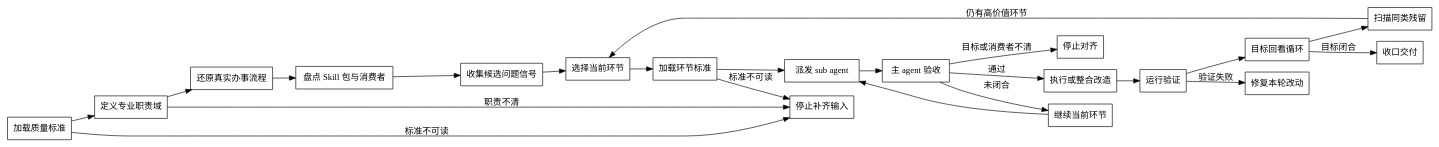
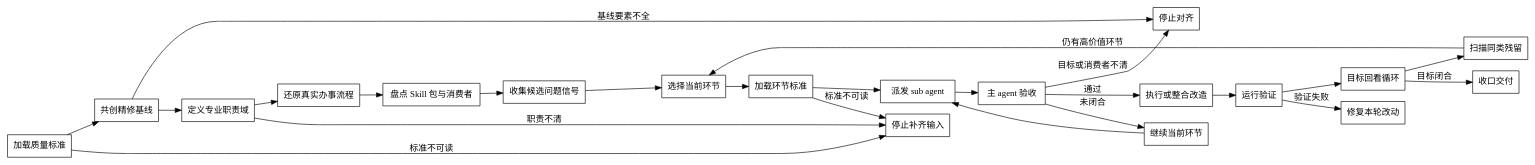
One commit to jieli-cqwl/org-claude-skills changed the diagram in shared/skills/skill-refiner/SKILL.md. Above: the diagram before and after it, drawn with Graphviz. The commit also changed other lines of this file and 15 other files, not shown here.

````diff
--- a/shared/skills/skill-refiner/SKILL.md
+++ b/shared/skills/skill-refiner/SKILL.md
@@ -67,27 +70,29 @@
 ```dot
 digraph skill_refiner_flow {
   rankdir=LR;
   node [shape=box];
-  "加载质量标准" -> "定义专业职责域";
+  "加载质量标准" -> "共创精修基线";
+  "共创精修基线" -> "定义专业职责域";
   "定义专业职责域" -> "还原真实办事流程";
   "还原真实办事流程" -> "盘点 Skill 包与消费者";
   "盘点 Skill 包与消费者" -> "收集候选问题信号";
   "收集候选问题信号" -> "选择当前环节";
   "选择当前环节" -> "加载环节标准";
   "加载环节标准" -> "派发 sub agent";
   "派发 sub agent" -> "主 agent 验收";
   "主 agent 验收" -> "执行或整合改造" [label="通过"];
   "主 agent 验收" -> "继续当前环节" [label="未闭合"];
   "继续当前环节" -> "派发 sub agent";
   "执行或整合改造" -> "运行验证";
   "运行验证" -> "目标回看循环";
   "目标回看循环" -> "扫描同类残留";
   "扫描同类残留" -> "选择当前环节" [label="仍有高价值环节"];
   "目标回看循环" -> "收口交付" [label="目标闭合"];
   "加载质量标准" -> "停止补齐输入" [label="标准不可读"];
+  "共创精修基线" -> "停止对齐" [label="基线要素不全"];
   "定义专业职责域" -> "停止补齐输入" [label="职责不清"];
   "加载环节标准" -> "停止补齐输入" [label="标准不可读"];
   "主 agent 验收" -> "停止对齐" [label="目标或消费者不清"];
   "运行验证" -> "修复本轮改动" [label="验证失败"];
 }
 ```
````
